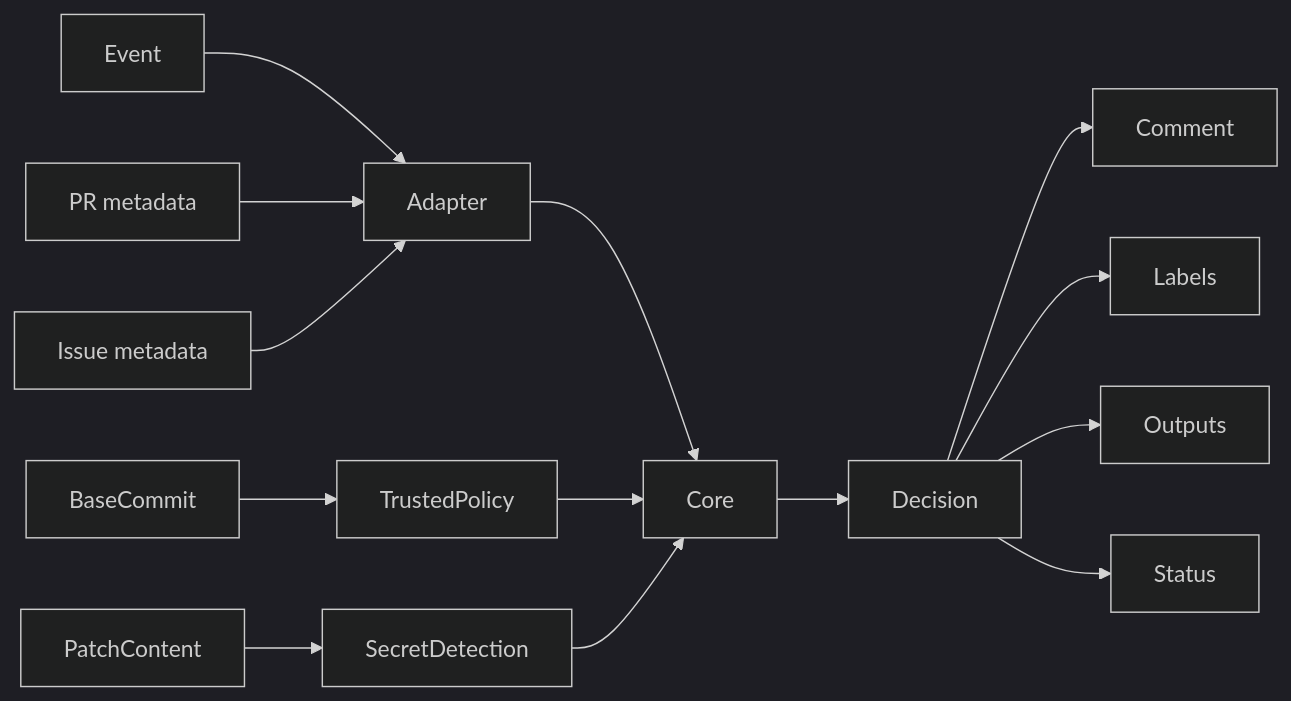
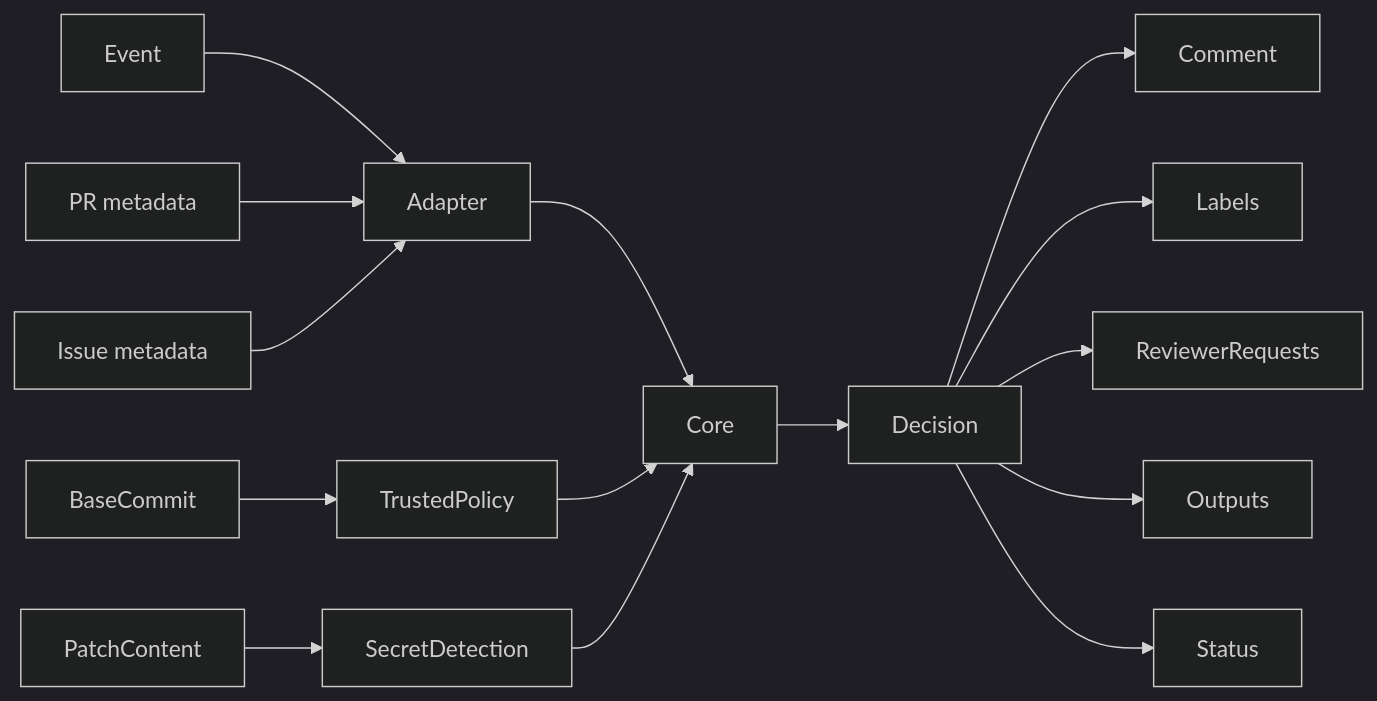
One commit to streamentry/AGENTOWNERS changed the first of 2 diagrams in packages/github-action/AGENTS.md. Above: the diagram before and after it, drawn with Mermaid (dark theme). The commit also changed other lines of this file and 16 other files, not shown here.

````diff
--- a/packages/github-action/AGENTS.md
+++ b/packages/github-action/AGENTS.md
@@ -21,15 +23,16 @@
 ```mermaid
 flowchart LR
   Event --> Adapter
   PR[PR metadata] --> Adapter
   Issue[Issue metadata] --> Adapter
   BaseCommit --> TrustedPolicy
   Adapter --> Core
   TrustedPolicy --> Core
   PatchContent --> SecretDetection --> Core
   Core --> Decision
   Decision --> Comment
   Decision --> Labels
+  Decision --> ReviewerRequests
   Decision --> Outputs
   Decision --> Status
 ```
````
